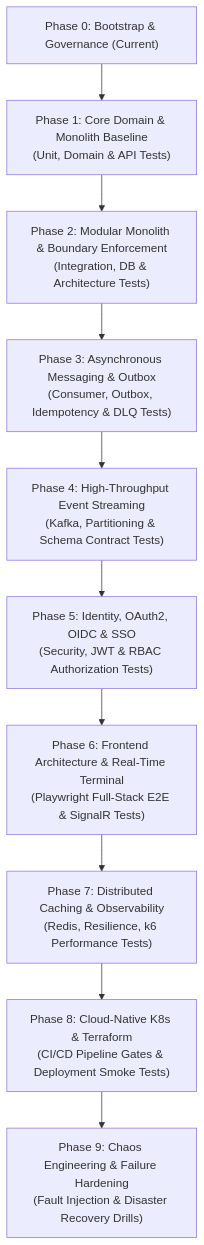
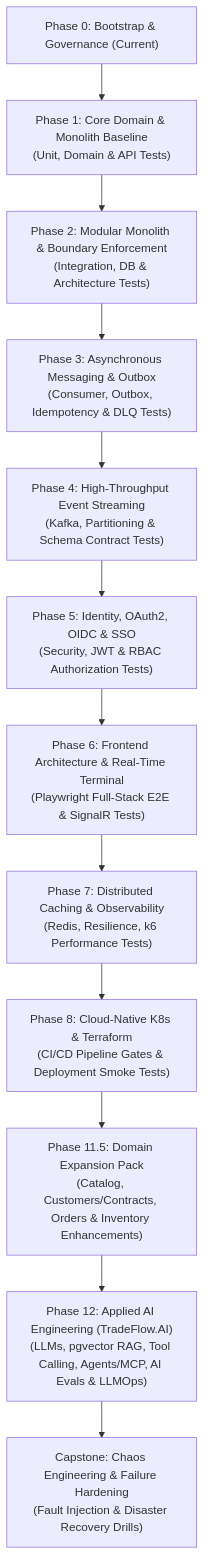
One commit to Guilherme2907/TradeFlow changed the diagram in docs/ROADMAP.md. Above: the diagram before and after it, drawn with Mermaid. The commit also changed other lines of this file and 88 other files, not shown here.

Commit message:
feat: implement Phase 11.5 Domain Expansion Pack (Catalog, Customers, UI tabs, and Order cache invalidation)

````diff
--- a/docs/ROADMAP.md
+++ b/docs/ROADMAP.md
@@ -12,12 +12,14 @@
 ```mermaid
 flowchart TD
     P0["Phase 0: Bootstrap & Governance (Current)"] --> P1["Phase 1: Core Domain & Monolith Baseline\n(Unit, Domain & API Tests)"]
     P1 --> P2["Phase 2: Modular Monolith & Boundary Enforcement\n(Integration, DB & Architecture Tests)"]
     P2 --> P3["Phase 3: Asynchronous Messaging & Outbox\n(Consumer, Outbox, Idempotency & DLQ Tests)"]
     P3 --> P4["Phase 4: High-Throughput Event Streaming\n(Kafka, Partitioning & Schema Contract Tests)"]
     P4 --> P5["Phase 5: Identity, OAuth2, OIDC & SSO\n(Security, JWT & RBAC Authorization Tests)"]
     P5 --> P6["Phase 6: Frontend Architecture & Real-Time Terminal\n(Playwright Full-Stack E2E & SignalR Tests)"]
     P6 --> P7["Phase 7: Distributed Caching & Observability\n(Redis, Resilience, k6 Performance Tests)"]
     P7 --> P8["Phase 8: Cloud-Native K8s & Terraform\n(CI/CD Pipeline Gates & Deployment Smoke Tests)"]
-    P8 --> P9["Phase 9: Chaos Engineering & Failure Hardening\n(Fault Injection & Disaster Recovery Drills)"]
+    P8 --> P11B["Phase 11.5: Domain Expansion Pack\n(Catalog, Customers/Contracts, Orders & Inventory Enhancements)"]
+    P11B --> P12["Phase 12: Applied AI Engineering (TradeFlow.AI)\n(LLMs, pgvector RAG, Tool Calling, Agents/MCP, AI Evals & LLMOps)"]
+    P12 --> P9["Capstone: Chaos Engineering & Failure Hardening\n(Fault Injection & Disaster Recovery Drills)"]
 ```
````
